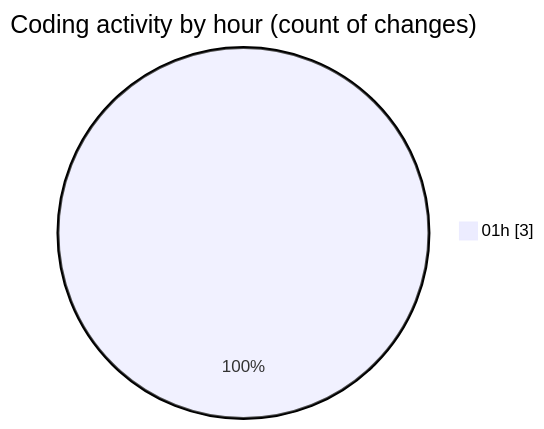
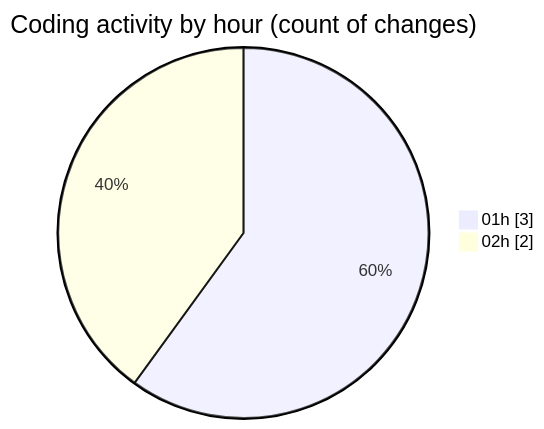
The second of 2 diagrams in 2026-07-08/shibass-ai/README.md (shibass792/code-tracking), drawn with Mermaid before and after one commit. The commit also changed other lines of this file and 1 other file, not shown here.

````diff
--- a/2026-07-08/shibass-ai/README.md
+++ b/2026-07-08/shibass-ai/README.md
@@ -30,5 +32,6 @@
 ```mermaid
 pie showData
 title Coding activity by hour (count of changes)
 "01h" : 3
+"02h" : 2
 ```
````
